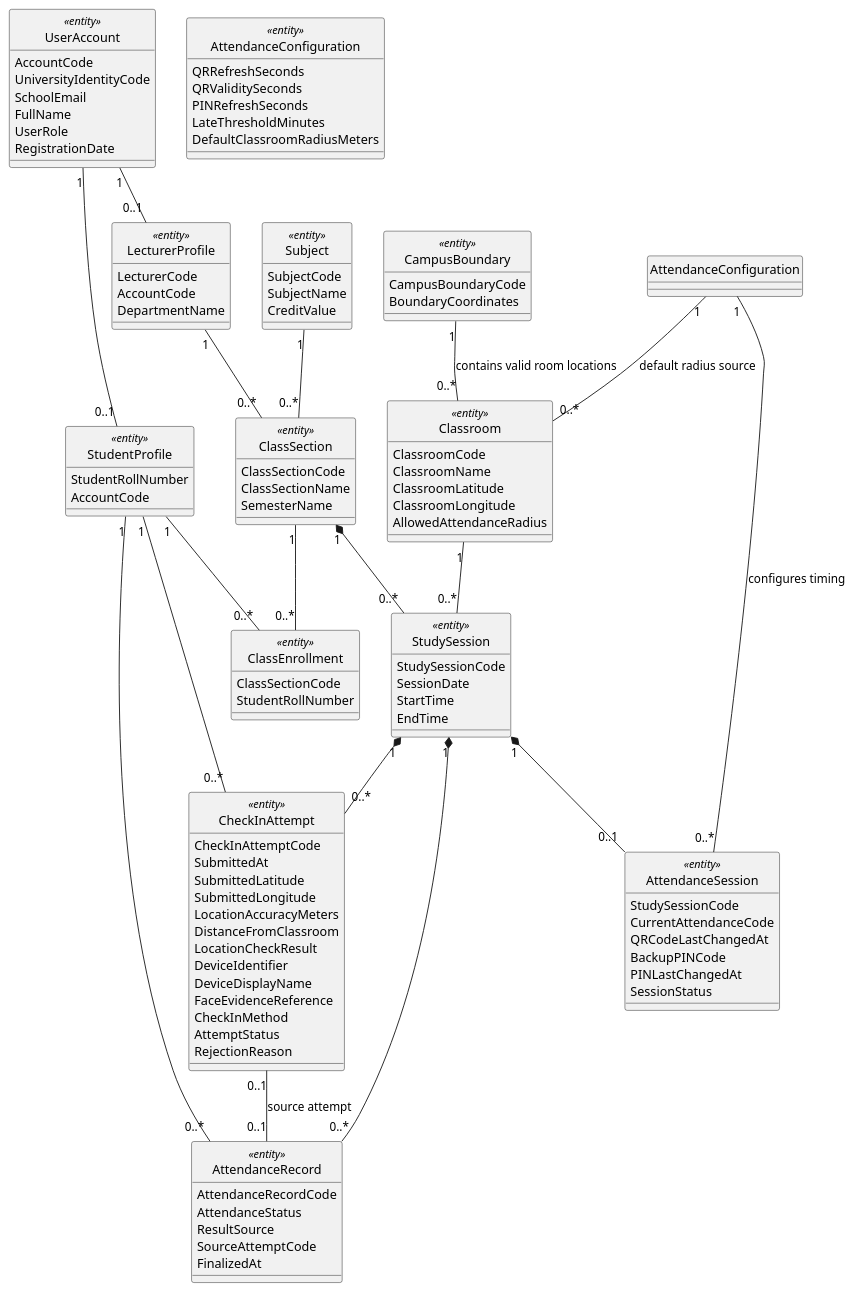
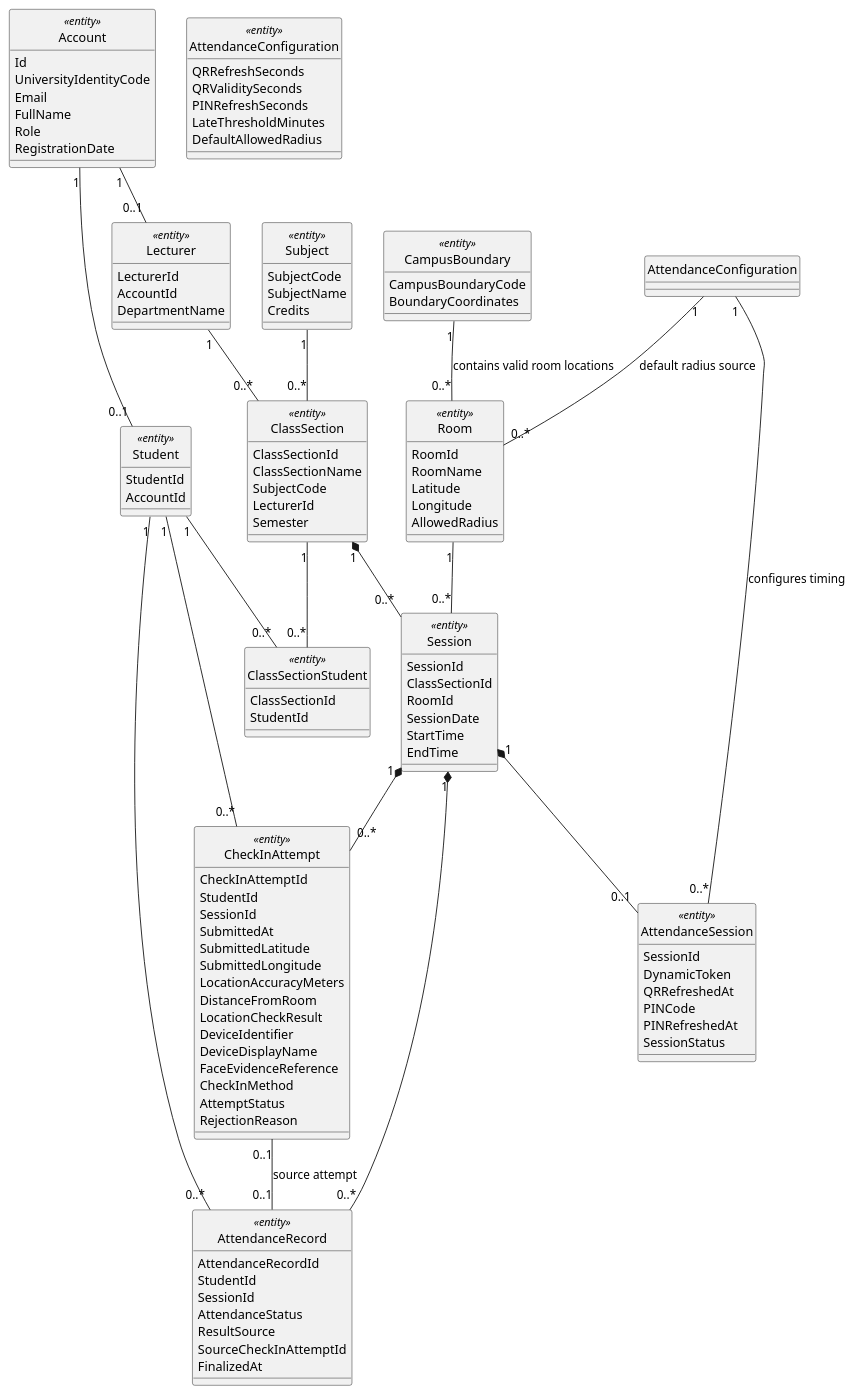
Before and after one commit to nttung42/SWD392: the first of 29 diagrams in docs/sds/2_Analysis.md, drawn with PlantUML. The commit also changed other lines of this file and 2 other files, not shown here.

````diff
--- a/docs/sds/2_Analysis.md
+++ b/docs/sds/2_Analysis.md
@@ -17,32 +17,32 @@
 skinparam style strictuml
 hide circle
 
-class "UserAccount" as UserAccount <<entity>> {
-  AccountCode
+class "Account" as Account <<entity>> {
+  Id
   UniversityIdentityCode
-  SchoolEmail
+  Email
   FullName
-  UserRole
+  Role
   RegistrationDate
 }
 
-class "StudentProfile" as StudentProfile <<entity>> {
-  StudentRollNumber
-  AccountCode
+class "Student" as Student <<entity>> {
+  StudentId
+  AccountId
 }
 
-class "LecturerProfile" as LecturerProfile <<entity>> {
-  LecturerCode
-  AccountCode
+class "Lecturer" as Lecturer <<entity>> {
+  LecturerId
+  AccountId
   DepartmentName
 }
 
-class "Classroom" as Classroom <<entity>> {
-  ClassroomCode
-  ClassroomName
-  ClassroomLatitude
-  ClassroomLongitude
-  AllowedAttendanceRadius
+class "Room" as Room <<entity>> {
+  RoomId
+  RoomName
+  Latitude
+  Longitude
+  AllowedRadius
 }
 
 class "CampusBoundary" as CampusBoundary <<entity>> {
@@ -53,33 +53,37 @@
 class "Subject" as Subject <<entity>> {
   SubjectCode
   SubjectName
-  CreditValue
+  Credits
 }
 
 class "ClassSection" as ClassSection <<entity>> {
-  ClassSectionCode
+  ClassSectionId
   ClassSectionName
-  SemesterName
+  SubjectCode
+  LecturerId
+  Semester
 }
 
-class "ClassEnrollment" as ClassEnrollment <<entity>> {
-  ClassSectionCode
-  StudentRollNumber
+class "ClassSectionStudent" as ClassSectionStudent <<entity>> {
+  ClassSectionId
+  StudentId
 }
 
-class "StudySession" as StudySession <<entity>> {
-  StudySessionCode
+class "Session" as Session <<entity>> {
+  SessionId
+  ClassSectionId
+  RoomId
   SessionDate
   StartTime
   EndTime
 }
 
 class "AttendanceSession" as AttendanceSession <<entity>> {
-  StudySessionCode
-  CurrentAttendanceCode
-  QRCodeLastChangedAt
-  BackupPINCode
-  PINLastChangedAt
+  SessionId
+  DynamicToken
+  QRRefreshedAt
+  PINCode
+  PINRefreshedAt
   SessionStatus
 }
 
@@ -88,16 +92,18 @@
   QRValiditySeconds
   PINRefreshSeconds
   LateThresholdMinutes
-  DefaultClassroomRadiusMeters
+  DefaultAllowedRadius
 }
 
 class "CheckInAttempt" as CheckInAttempt <<entity>> {
-  CheckInAttemptCode
+  CheckInAttemptId
+  StudentId
+  SessionId
   SubmittedAt
   SubmittedLatitude
   SubmittedLongitude
   LocationAccuracyMeters
-  DistanceFromClassroom
+  DistanceFromRoom
   LocationCheckResult
   DeviceIdentifier
   DeviceDisplayName
@@ -108,29 +114,31 @@
 }
 
 class "AttendanceRecord" as AttendanceRecord <<entity>> {
-  AttendanceRecordCode
+  AttendanceRecordId
+  StudentId
+  SessionId
   AttendanceStatus
   ResultSource
-  SourceAttemptCode
+  SourceCheckInAttemptId
   FinalizedAt
 }
 
-UserAccount "1" -- "0..1" StudentProfile
-UserAccount "1" -- "0..1" LecturerProfile
-CampusBoundary "1" -- "0..*" Classroom : contains valid room locations
-LecturerProfile "1" -- "0..*" ClassSection
+Account "1" -- "0..1" Student
+Account "1" -- "0..1" Lecturer
+CampusBoundary "1" -- "0..*" Room : contains valid room locations
+Lecturer "1" -- "0..*" ClassSection
 Subject "1" -- "0..*" ClassSection
-ClassSection "1" -- "0..*" ClassEnrollment
-StudentProfile "1" -- "0..*" ClassEnrollment
-ClassSection "1" *-- "0..*" StudySession
-Classroom "1" -- "0..*" StudySession
-StudySession "1" *-- "0..1" AttendanceSession
-StudySession "1" *-- "0..*" CheckInAttempt
-StudentProfile "1" -- "0..*" CheckInAttempt
-StudySession "1" *-- "0..*" AttendanceRecord
-StudentProfile "1" -- "0..*" AttendanceRecord
+ClassSection "1" -- "0..*" ClassSectionStudent
+Student "1" -- "0..*" ClassSectionStudent
+ClassSection "1" *-- "0..*" Session
+Room "1" -- "0..*" Session
+Session "1" *-- "0..1" AttendanceSession
+Session "1" *-- "0..*" CheckInAttempt
+Student "1" -- "0..*" CheckInAttempt
+Session "1" *-- "0..*" AttendanceRecord
+Student "1" -- "0..*" AttendanceRecord
 CheckInAttempt "0..1" -- "0..1" AttendanceRecord : source attempt
 AttendanceConfiguration "1" -- "0..*" AttendanceSession : configures timing
-AttendanceConfiguration "1" -- "0..*" Classroom : default radius source
+AttendanceConfiguration "1" -- "0..*" Room : default radius source
 @enduml
 ```
````
